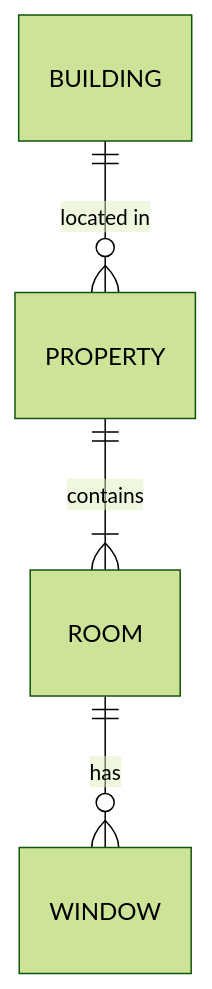
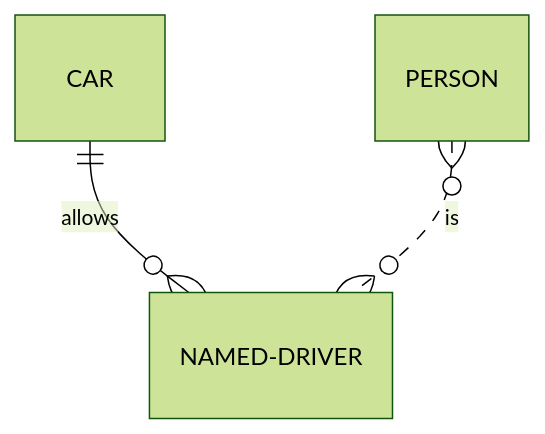
The fifth of 17 diagrams in skills/mermaid/examples/er.md (teachingai/full-stack-skills), drawn with Mermaid (forest theme) before and after one commit. The commit also changed other lines of this file and 21 other files, not shown here.

First line of the commit message:
docs(mermaid): 更新架构、块、C4和类图示例文档

````diff
--- a/skills/mermaid/examples/er.md
+++ b/skills/mermaid/examples/er.md
@@ -67,6 +89,5 @@
 ```mermaid
 erDiagram
-    PROPERTY ||--|{ ROOM : contains
-    ROOM ||--o{ WINDOW : has
-    BUILDING ||--o{ PROPERTY : "located in"
+    CAR ||--o{ NAMED-DRIVER : allows
+    PERSON }o..o{ NAMED-DRIVER : is
 ```
````
